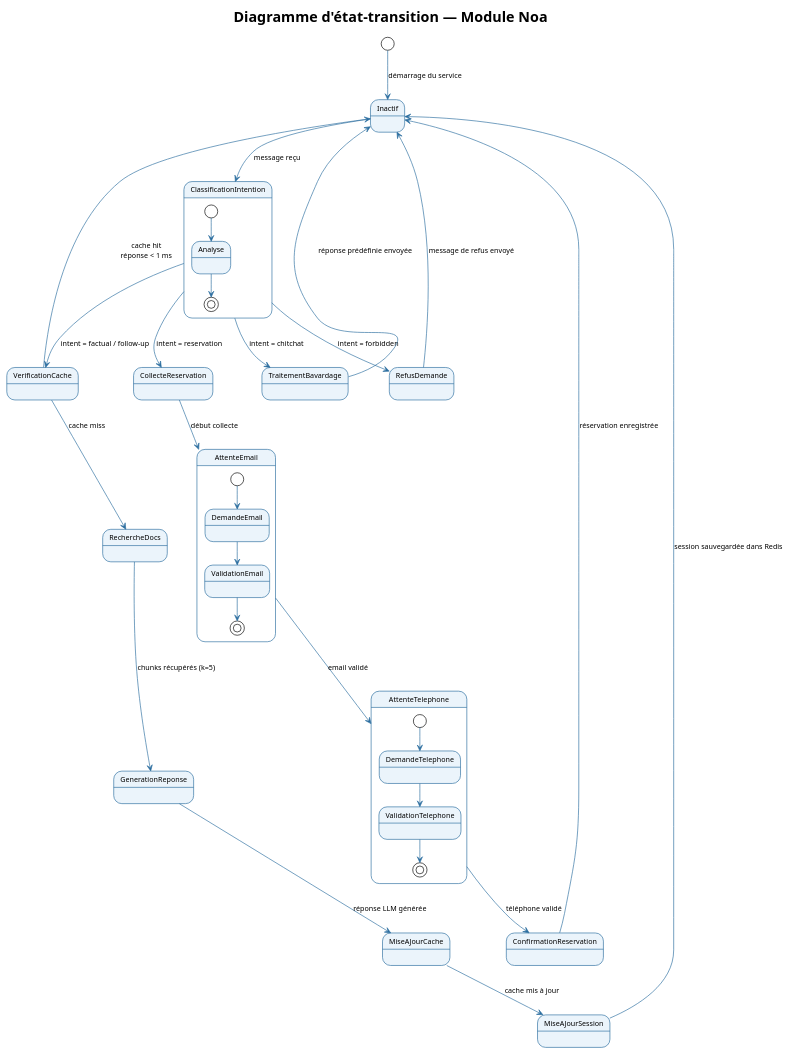
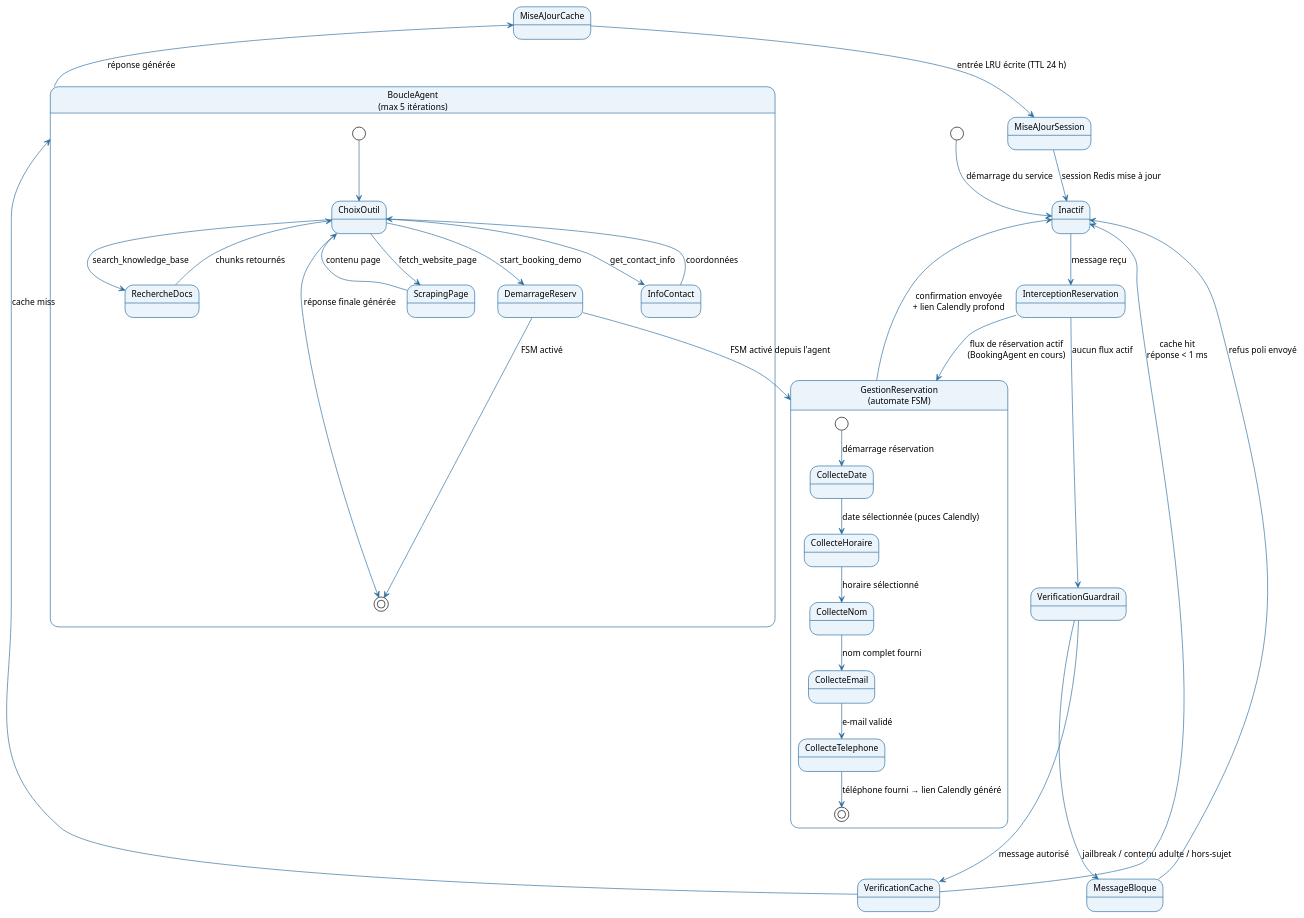
One commit to RedFalcon22/Rapport_ISTIC_2025_2026_v2 changed the diagram in figures/05_etat_noa.puml. Above: the diagram before and after it, drawn with PlantUML. The commit also changed 78 other files, not shown here.

Commit message:
feat: add new diagrams (12-21), interface screenshots, and update PlantUML sources

```diff
--- a/figures/05_etat_noa.puml
+++ b/figures/05_etat_noa.puml
@@ -1,57 +1,73 @@
 @startuml etat_noa
 !theme plain
 skinparam stateBorderColor #2C6EA0
 skinparam stateBackgroundColor #EBF4FB
 skinparam stateArrowColor #2C6EA0
 skinparam defaultFontName Arial
-skinparam defaultFontSize 11
+skinparam defaultFontSize 13
 
-title Diagramme d'état-transition — Module Noa
 
 [*] --> Inactif : démarrage du service
 
-Inactif --> ClassificationIntention : message reçu
+' ─────────────────────────────────────────────────────────
+' Étape 1 — Interception du flux de réservation
+' ─────────────────────────────────────────────────────────
+Inactif --> InterceptionReservation : message reçu
 
-state ClassificationIntention {
-  [*] --> Analyse
-  Analyse --> [*]
+InterceptionReservation --> GestionReservation : flux de réservation actif\n(BookingAgent en cours)
+InterceptionReservation --> VerificationGuardrail : aucun flux actif
+
+' ─────────────────────────────────────────────────────────
+' Flux de réservation (automate FSM, 6 étapes)
+' ─────────────────────────────────────────────────────────
+state "GestionReservation\n(automate FSM)" as GestionReservation {
+  [*]           --> CollecteDate       : démarrage réservation
+  CollecteDate     --> CollecteHoraire    : date sélectionnée (puces Calendly)
+  CollecteHoraire  --> CollecteNom        : horaire sélectionné
+  CollecteNom      --> CollecteEmail      : nom complet fourni
+  CollecteEmail    --> CollecteTelephone  : e-mail validé
+  CollecteTelephone --> [*]              : téléphone fourni → lien Calendly généré
 }
 
-ClassificationIntention --> TraitementBavardage   : intent = chitchat
-ClassificationIntention --> RefusDemande          : intent = forbidden
-ClassificationIntention --> CollecteReservation   : intent = reservation
-ClassificationIntention --> VerificationCache     : intent = factual / follow-up
+GestionReservation --> Inactif : confirmation envoyée\n+ lien Calendly profond
 
-TraitementBavardage --> Inactif : réponse prédéfinie envoyée
-RefusDemande        --> Inactif : message de refus envoyé
+' ─────────────────────────────────────────────────────────
+' Étape 2 — Vérification du garde-fou
+' ─────────────────────────────────────────────────────────
+VerificationGuardrail --> MessageBloque    : jailbreak / contenu adulte / hors-sujet
+VerificationGuardrail --> VerificationCache : message autorisé
 
-' ─── Flux factuel ────────────────────────────────────────
-VerificationCache --> Inactif            : cache hit\nréponse < 1 ms
-VerificationCache --> RechercheDocs      : cache miss
+MessageBloque --> Inactif : refus poli envoyé
 
-RechercheDocs     --> GenerationReponse  : chunks récupérés (k=5)
-GenerationReponse --> MiseAJourCache     : réponse LLM générée
-MiseAJourCache    --> MiseAJourSession   : cache mis à jour
-MiseAJourSession  --> Inactif            : session sauvegardée dans Redis
+' ─────────────────────────────────────────────────────────
+' Étape 3 — Cache FAQ (LRU in-memory)
+' ─────────────────────────────────────────────────────────
+VerificationCache --> Inactif     : cache hit\nréponse < 1 ms
+VerificationCache --> BoucleAgent : cache miss
 
-' ─── Flux réservation (agent FSM) ────────────────────────
-CollecteReservation --> AttenteEmail     : début collecte
-
-state "AttenteEmail" as AttenteEmail {
-  [*] --> DemandeEmail
-  DemandeEmail --> ValidationEmail
-  ValidationEmail --> [*]
+' ─────────────────────────────────────────────────────────
+' Étape 4 — Boucle agent tool-use
+' ─────────────────────────────────────────────────────────
+state "BoucleAgent\n(max 5 itérations)" as BoucleAgent {
+  [*]          --> ChoixOutil
+  ChoixOutil   --> RechercheDocs    : search_knowledge_base
+  ChoixOutil   --> ScrapingPage     : fetch_website_page
+  ChoixOutil   --> InfoContact      : get_contact_info
+  ChoixOutil   --> DemarrageReserv  : start_booking_demo
+  RechercheDocs --> ChoixOutil : chunks retournés
+  ScrapingPage  --> ChoixOutil : contenu page
+  InfoContact   --> ChoixOutil : coordonnées
+  DemarrageReserv --> [*] : FSM activé
+  ChoixOutil   --> [*] : réponse finale générée
 }
 
-AttenteEmail  --> AttenteTelephone : email validé
+BoucleAgent --> MiseAJourCache   : réponse générée
+DemarrageReserv --> GestionReservation : FSM activé depuis l'agent
 
-state "AttenteTelephone" as AttenteTelephone {
-  [*] --> DemandeTelephone
-  DemandeTelephone --> ValidationTelephone
-  ValidationTelephone --> [*]
-}
-
-AttenteTelephone --> ConfirmationReservation : téléphone validé
-ConfirmationReservation --> Inactif          : réservation enregistrée
+' ─────────────────────────────────────────────────────────
+' Étape 5 — Cache write + session
+' ─────────────────────────────────────────────────────────
+MiseAJourCache   --> MiseAJourSession : entrée LRU écrite (TTL 24 h)
+MiseAJourSession --> Inactif          : session Redis mise à jour
 
 @enduml
```
